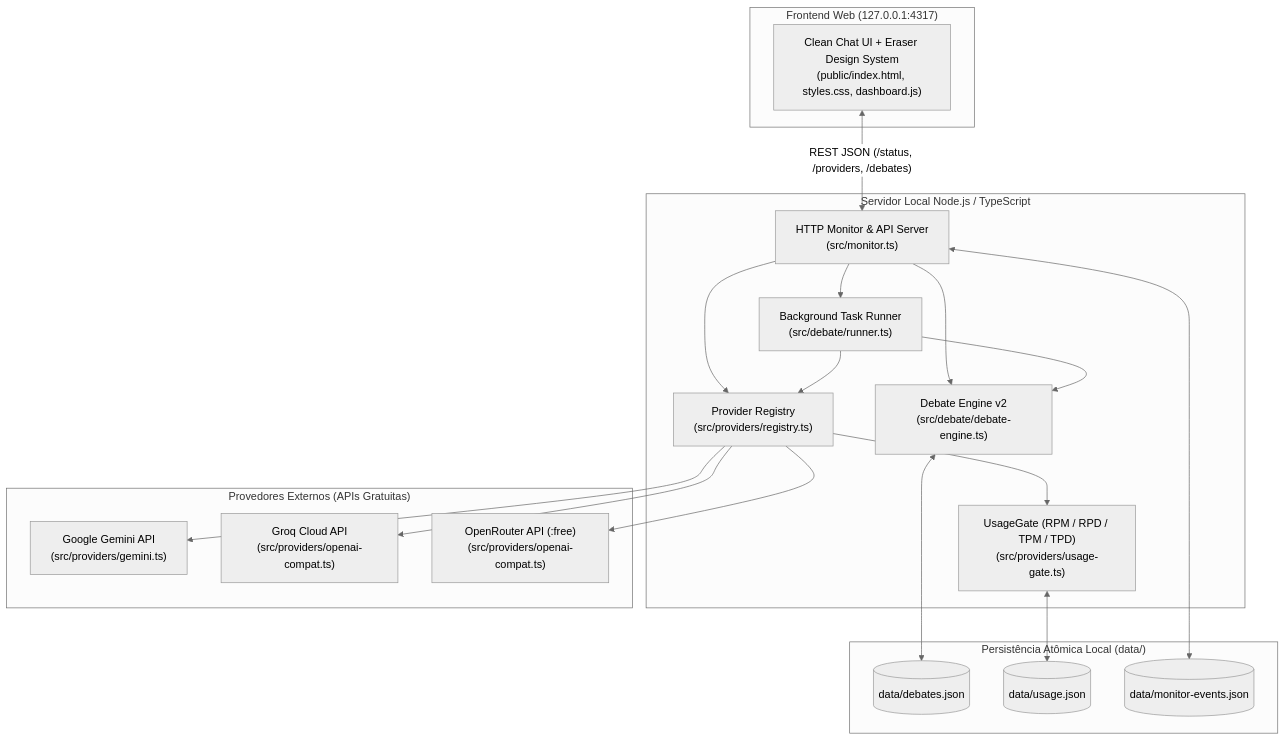
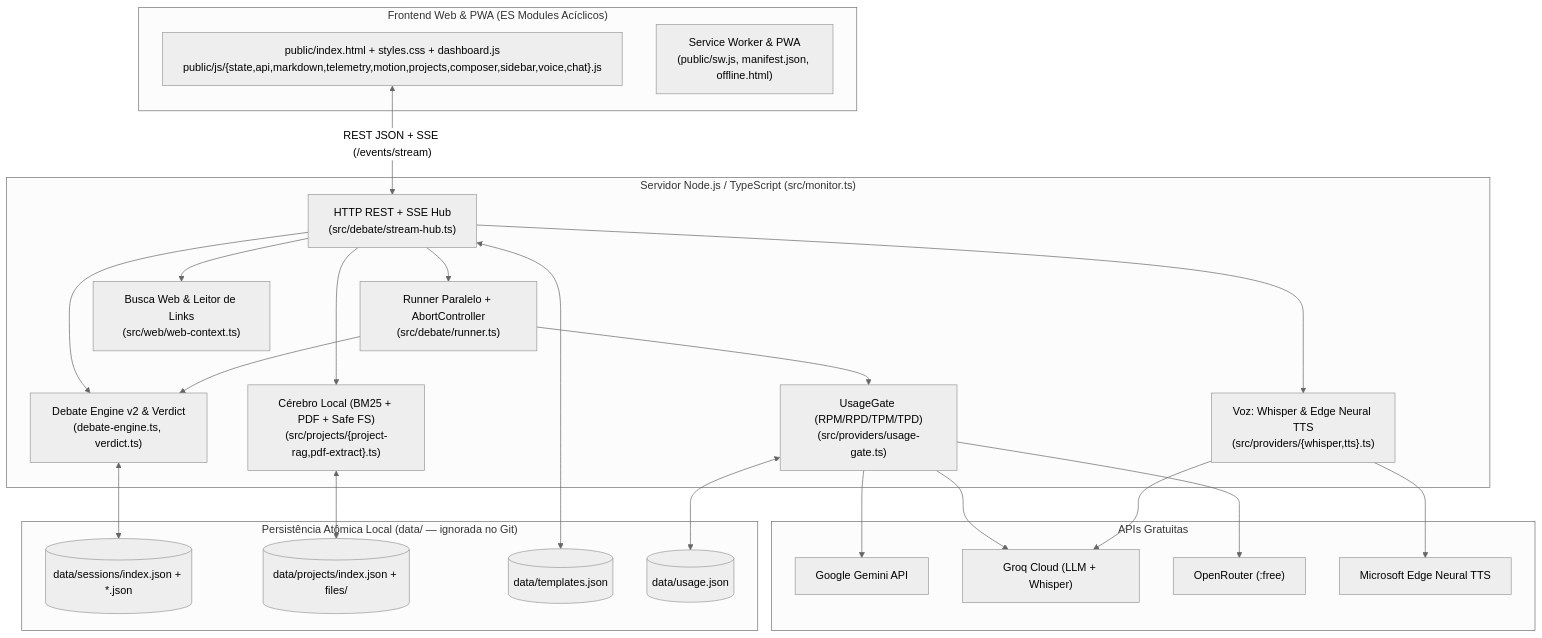
Before and after one commit to justtem/Triade: the diagram in README.md, drawn with Mermaid (neutral theme). The commit also changed other lines of this file, not shown here.

````diff
--- a/README.md
+++ b/README.md
@@ -40,40 +56,49 @@
 ```mermaid
 flowchart TB
-    subgraph Frontend["Frontend Web (127.0.0.1:4317)"]
-        UI["Clean Chat UI + Eraser Design System<br/>(public/index.html, styles.css, dashboard.js)"]
+    subgraph Client["Frontend Web & PWA (ES Modules Acíclicos)"]
+        UI["public/index.html + styles.css + dashboard.js<br/>public/js/{state,api,markdown,telemetry,motion,projects,composer,sidebar,voice,chat}.js"]
+        SW["Service Worker & PWA<br/>(public/sw.js, manifest.json, offline.html)"]
     end
 
-    subgraph Server["Servidor Local Node.js / TypeScript"]
-        HTTP["HTTP Monitor & API Server<br/>(src/monitor.ts)"]
-        Engine["Debate Engine v2<br/>(src/debate/debate-engine.ts)"]
-        Runner["Background Task Runner<br/>(src/debate/runner.ts)"]
-        Registry["Provider Registry<br/>(src/providers/registry.ts)"]
-        Gate["UsageGate (RPM / RPD / TPM / TPD)<br/>(src/providers/usage-gate.ts)"]
+    subgraph Server["Servidor Node.js / TypeScript (src/monitor.ts)"]
+        HTTP["HTTP REST + SSE Hub<br/>(src/debate/stream-hub.ts)"]
+        Engine["Debate Engine v2 & Verdict<br/>(debate-engine.ts, verdict.ts)"]
+        Runner["Runner Paralelo + AbortController<br/>(src/debate/runner.ts)"]
+        ProjRAG["Cérebro Local (BM25 + PDF + Safe FS)<br/>(src/projects/{project-rag,pdf-extract}.ts)"]
+        WebCtx["Busca Web & Leitor de Links<br/>(src/web/web-context.ts)"]
+        Audio["Voz: Whisper & Edge Neural TTS<br/>(src/providers/{whisper,tts}.ts)"]
+        Gate["UsageGate (RPM/RPD/TPM/TPD)<br/>(src/providers/usage-gate.ts)"]
     end
 
-    subgraph Providers["Provedores Externos (APIs Gratuitas)"]
-        Gemini["Google Gemini API<br/>(src/providers/gemini.ts)"]
-        Groq["Groq Cloud API<br/>(src/providers/openai-compat.ts)"]
-        OpenRouter["OpenRouter API (:free)<br/>(src/providers/openai-compat.ts)"]
+    subgraph External["APIs Gratuitas"]
+        Gemini["Google Gemini API"]
+        Groq["Groq Cloud (LLM + Whisper)"]
+        OpenRouter["OpenRouter (:free)"]
+        EdgeTTS["Microsoft Edge Neural TTS"]
     end
 
-    subgraph Storage["Persistência Atômica Local (data/)"]
-        DebatesDB[("data/debates.json")]
+    subgraph Storage["Persistência Atômica Local (data/ — ignorada no Git)"]
+        Sessions[("data/sessions/index.json + *.json")]
+        ProjectsDB[("data/projects/index.json + files/")]
+        TemplatesDB[("data/templates.json")]
         UsageDB[("data/usage.json")]
-        EventsDB[("data/monitor-events.json")]
     end
 
-    UI <-->|"REST JSON (/status, /providers, /debates)"| HTTP
+    UI <-->|"REST JSON + SSE (/events/stream)"| HTTP
     HTTP --> Engine
     HTTP --> Runner
-    HTTP --> Registry
-    Engine <--> DebatesDB
-    HTTP <--> EventsDB
+    HTTP --> ProjRAG
+    HTTP --> WebCtx
+    HTTP --> Audio
+    Engine <--> Sessions
+    ProjRAG <--> ProjectsDB
+    HTTP <--> TemplatesDB
     Runner --> Engine
-    Runner --> Registry
-    Registry --> Gate
+    Runner --> Gate
     Gate <--> UsageDB
-    Registry --> Gemini
-    Registry --> Groq
-    Registry --> OpenRouter
+    Gate --> Gemini
+    Gate --> Groq
+    Gate --> OpenRouter
+    Audio --> Groq
+    Audio --> EdgeTTS
 ```
````
